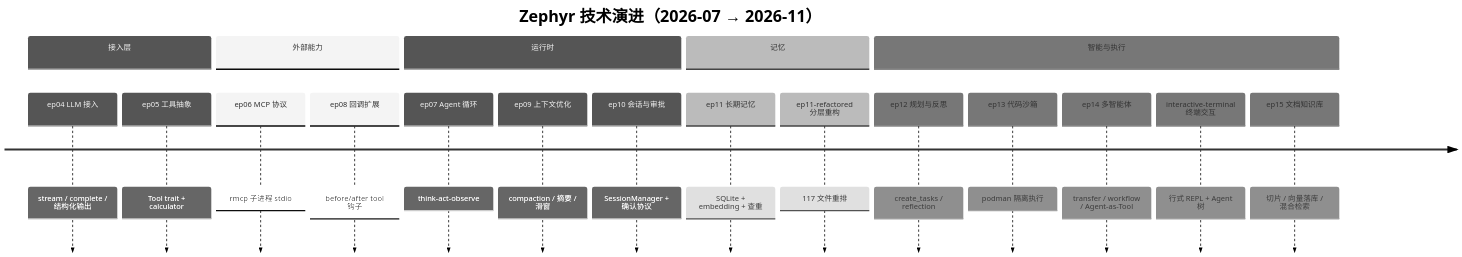
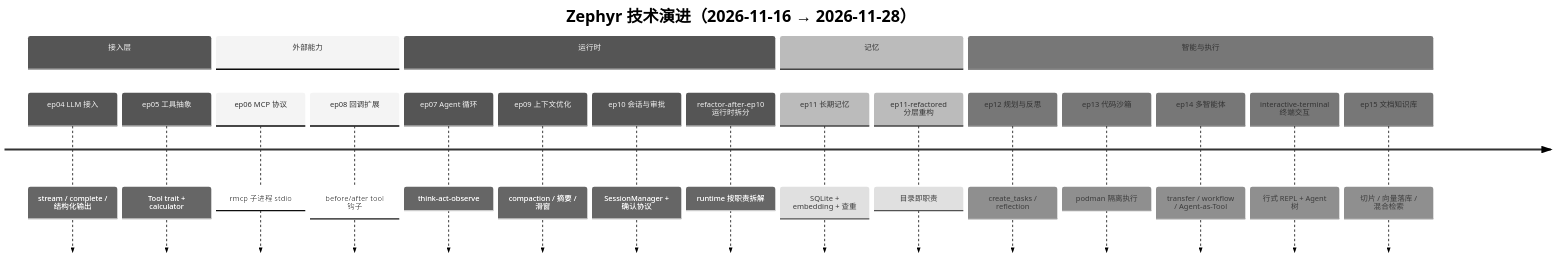
Before and after one commit to heheshang/zephyr: the first of 54 diagrams in README.md, drawn with Mermaid (neutral theme). The commit also changed other lines of this file and 1 other file, not shown here.

````diff
--- a/README.md
+++ b/README.md
@@ -167,23 +167,24 @@
 ```mermaid
 timeline
-    title Zephyr 技术演进（2026-07 → 2026-11）
+    title Zephyr 技术演进（2026-11-16 → 2026-11-28）
     section 接入层
         ep04 LLM 接入 : stream / complete / 结构化输出
         ep05 工具抽象 : Tool trait + calculator
     section 外部能力
         ep06 MCP 协议 : rmcp 子进程 stdio
         ep08 回调扩展 : before/after tool 钩子
     section 运行时
         ep07 Agent 循环 : think-act-observe
         ep09 上下文优化 : compaction / 摘要 / 滑窗
         ep10 会话与审批 : SessionManager + 确认协议
+        refactor-after-ep10 运行时拆分 : runtime 按职责拆解
     section 记忆
         ep11 长期记忆 : SQLite + embedding + 查重
-        ep11-refactored 分层重构 : 117 文件重排
+        ep11-refactored 分层重构 : 目录即职责
     section 智能与执行
         ep12 规划与反思 : create_tasks / reflection
         ep13 代码沙箱 : podman 隔离执行
         ep14 多智能体 : transfer / workflow / Agent-as-Tool
         interactive-terminal 终端交互 : 行式 REPL + Agent 树
         ep15 文档知识库 : 切片 / 向量落库 / 混合检索
 ```
````
